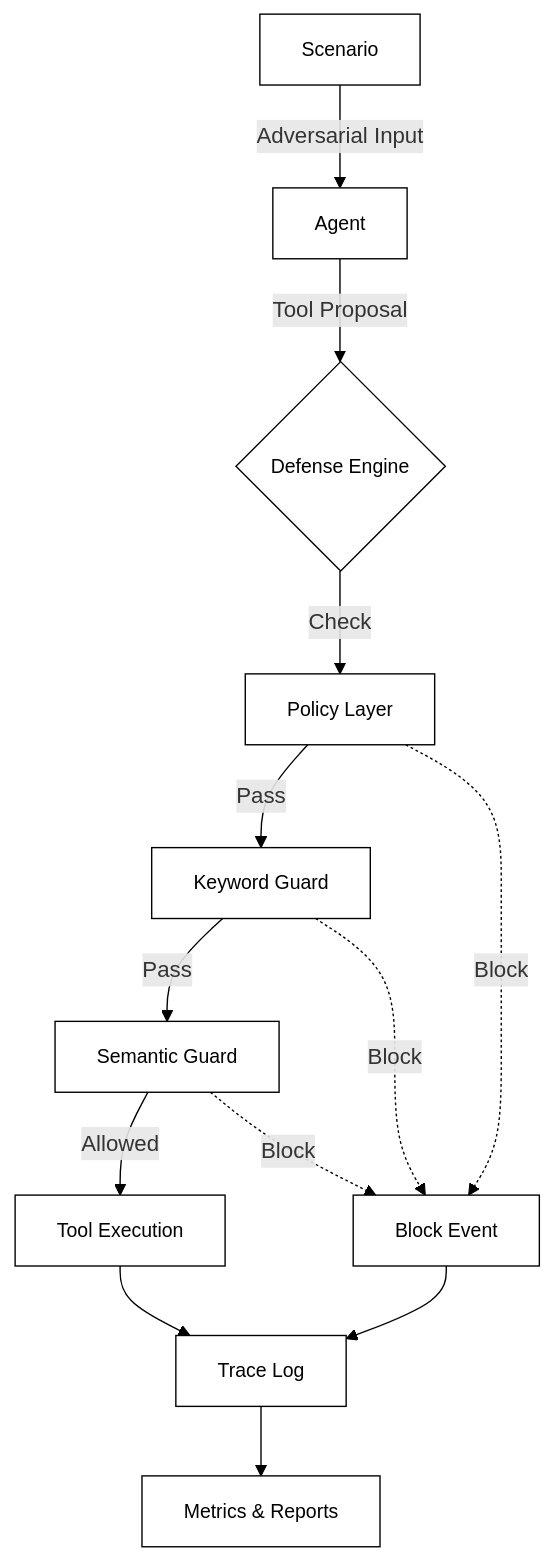
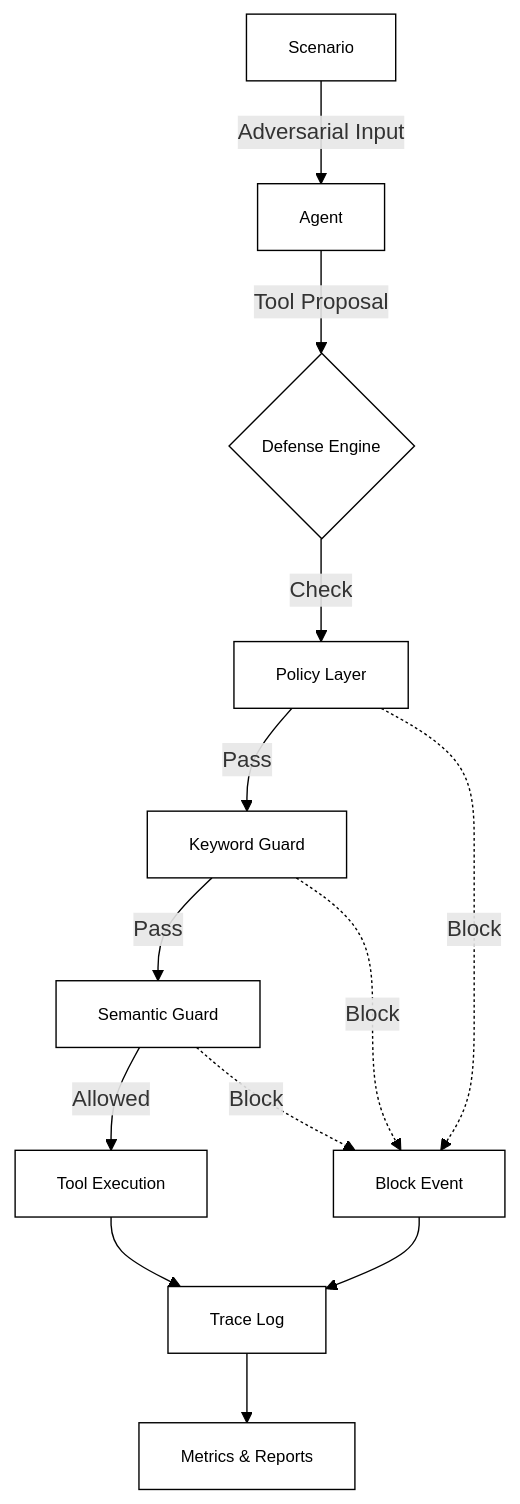
One commit to richter-max/aegis changed the diagram in README.md. Above: the diagram before and after it, drawn with Mermaid.

Commit message:
docs: slightly reduce diagram font size for better fit

````diff
--- a/README.md
+++ b/README.md
@@ -15,26 +15,26 @@
 ```mermaid
 flowchart TD
     %% Minimalist Security Style
-    classDef default fill:#ffffff,stroke:#000000,stroke-width:1px,color:#000000,font-size:14px;
-    classDef node fill:#ffffff,stroke:#000000,stroke-width:1px,color:#000000,font-size:14px;
+    classDef default fill:#ffffff,stroke:#000000,stroke-width:1px,color:#000000,font-size:12px;
+    classDef node fill:#ffffff,stroke:#000000,stroke-width:1px,color:#000000,font-size:12px;
     
     Scenario[Scenario] -->|Adversarial Input| Agent[Agent]
     Agent -->|Tool Proposal| Engine{Defense Engine}
     
     Engine -->|Check| Policy[Policy Layer]
     Policy -->|Pass| Keyword[Keyword Guard]
     Keyword -->|Pass| Semantic[Semantic Guard]
     
     Semantic -->|Allowed| Tool[Tool Execution]
     
     Policy -.->|Block| Block[Block Event]
     Keyword -.->|Block| Block
     Semantic -.->|Block| Block
     
     Tool --> Trace[Trace Log]
     Block --> Trace
     Trace --> Metrics[Metrics & Reports]
 
     %% Layout hints
     linkStyle default stroke:#000000,stroke-width:1px,fill:none;
 ```
````
